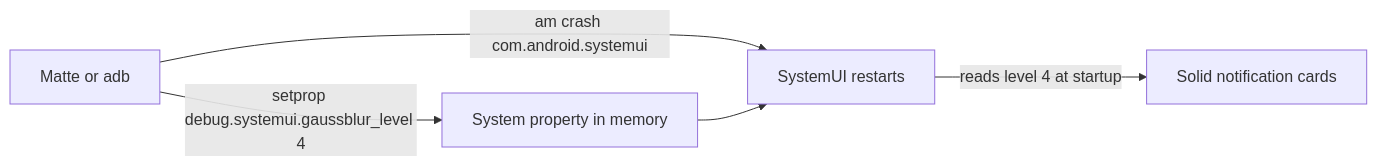
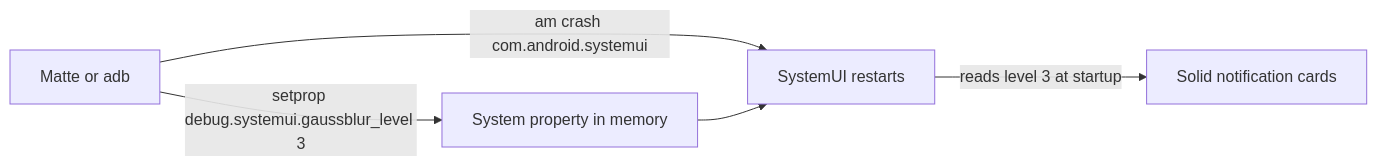
One commit to nathanrodrigues2111/matte changed the diagram in README.md. Above: the diagram before and after it, drawn with Mermaid. The commit also changed other lines of this file and 6 other files, not shown here.

````diff
--- a/README.md
+++ b/README.md
@@ -71,7 +71,7 @@
 ```mermaid
 flowchart LR
-    A[Matte or adb] -->|setprop debug.systemui.gaussblur_level 4| B[System property in memory]
+    A[Matte or adb] -->|setprop debug.systemui.gaussblur_level 3| B[System property in memory]
     A -->|am crash com.android.systemui| C[SystemUI restarts]
     B --> C
-    C -->|reads level 4 at startup| D[Solid notification cards]
+    C -->|reads level 3 at startup| D[Solid notification cards]
 ```
````
